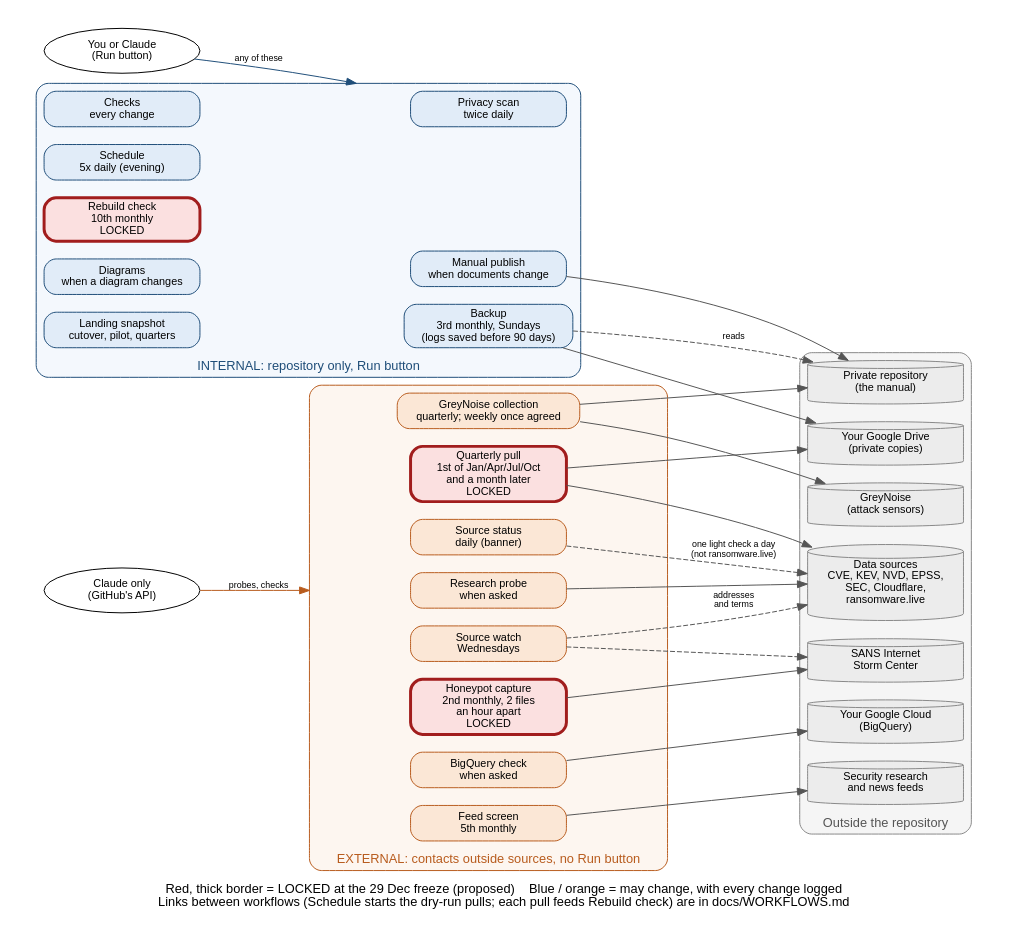
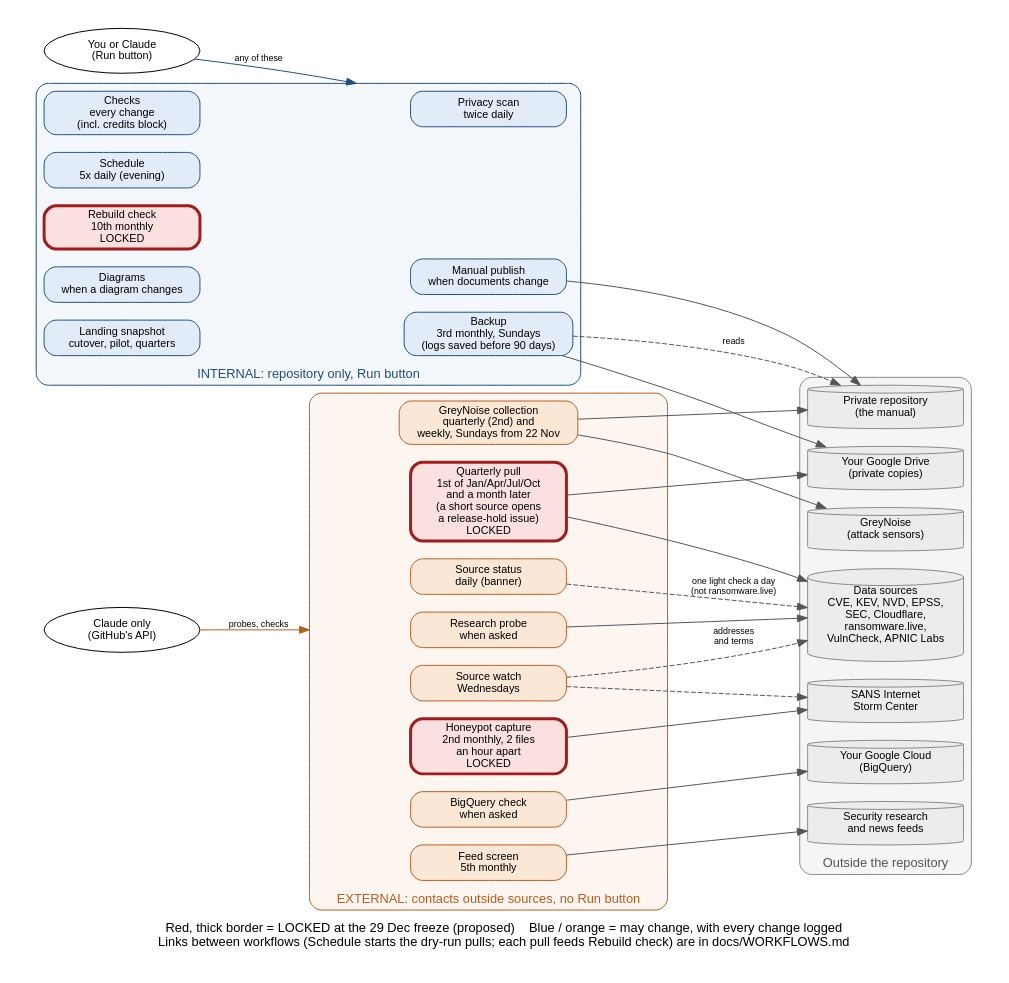
The diagram in docs/diagrams/workflow_runs.dot (pagagne/internet-security-snapshot), drawn with Graphviz before and after one commit. The commit also changed 9 other files, not shown here.

First line of the commit message:
Diagrams brought up to date: architecture (APNIC, GreyNoise, row-count hold, report pages, website), workflows, indicator sources, build plan; data-flow text; all re-stamped

```diff
--- a/docs/diagrams/workflow_runs.dot
+++ b/docs/diagrams/workflow_runs.dot
@@ -1,59 +1,59 @@
 // Workflows: internal (Run button) vs external (API only, no button), and the proposed lock at
 // the 29 Dec 2026 freeze (decision item 22: draft lock list 14 Dec, author's review 18 Dec,
 // decided 21 Dec). Source of truth: docs/WORKFLOWS.md and docs/SOP_MANUAL_RUNS.md.
 // Render: dot -Tpng -Gdpi=150 docs/diagrams/workflow_runs.dot -o docs/diagrams/workflow_runs.png
 digraph workflows {
   graph [rankdir=LR, fontname="Helvetica", fontsize=13, nodesep=0.25, ranksep=0.7, newrank=true, compound=true, pad=0.3,
          label="Red, thick border = LOCKED at the 29 Dec freeze (proposed)    Blue / orange = may change, with every change logged\nLinks between workflows (Schedule starts the dry-run pulls; each pull feeds Rebuild check) are in docs/WORKFLOWS.md",
          labelloc=b];
   node  [fontname="Helvetica", fontsize=11, shape=box, style="rounded,filled", width=2.2];
   edge  [fontname="Helvetica", fontsize=9, color="#555555"];
 
   you    [label="You or Claude\n(Run button)", shape=oval, fillcolor="#ffffff"];
   claude [label="Claude only\n(GitHub's API)", shape=oval, fillcolor="#ffffff"];
 
   subgraph cluster_int {
     label="INTERNAL: repository only, Run button"; style="rounded,filled"; fillcolor="#f4f8fd"; color="#1f4e79"; fontcolor="#1f4e79";
     node [fillcolor="#e1ecf8", color="#1f4e79"];
-    checks  [label="Checks\nevery change"];
+    checks  [label="Checks\nevery change\n(incl. credits block)"];
     privacy [label="Privacy scan\ntwice daily"];
     sched   [label="Schedule\n5x daily (evening)"];
     rebuild [label="Rebuild check\n10th monthly\nLOCKED", fillcolor="#fbe0e0", color="#a11d1d", penwidth=3];
     diag    [label="Diagrams\nwhen a diagram changes"];
     backup  [label="Backup\n3rd monthly, Sundays\n(logs saved before 90 days)"];
     manual  [label="Manual publish\nwhen documents change"];
     landing [label="Landing snapshot\ncutover, pilot, quarters"];
   }
 
   subgraph cluster_ext {
     label="EXTERNAL: contacts outside sources, no Run button"; style="rounded,filled"; fillcolor="#fdf6f0"; color="#b85c1e"; fontcolor="#b85c1e";
     node [fillcolor="#fbe7d6", color="#b85c1e"];
-    pull  [label="Quarterly pull\n1st of Jan/Apr/Jul/Oct\nand a month later\nLOCKED", fillcolor="#fbe0e0", color="#a11d1d", penwidth=3];
+    pull  [label="Quarterly pull\n1st of Jan/Apr/Jul/Oct\nand a month later\n(a short source opens\na release-hold issue)\nLOCKED", fillcolor="#fbe0e0", color="#a11d1d", penwidth=3];
     honey [label="Honeypot capture\n2nd monthly, 2 files\nan hour apart\nLOCKED", fillcolor="#fbe0e0", color="#a11d1d", penwidth=3];
     probe [label="Research probe\nwhen asked"];
-    gn    [label="GreyNoise collection\nquarterly; weekly once agreed"];
+    gn    [label="GreyNoise collection\nquarterly (2nd) and\nweekly, Sundays from 22 Nov"];
     bq    [label="BigQuery check\nwhen asked"];
     feeds [label="Feed screen\n5th monthly"];
     watch [label="Source watch\nWednesdays"];
     status [label="Source status\ndaily (banner)"];
   }
 
   subgraph cluster_out {
     label="Outside the repository"; style="rounded,filled"; fillcolor="#f5f5f5"; color="#888888"; fontcolor="#555555";
     node [shape=cylinder, fillcolor="#ececec", color="#888888", style=filled];
-    sources [label="Data sources\nCVE, KEV, NVD, EPSS,\nSEC, Cloudflare,\nransomware.live"];
+    sources [label="Data sources\nCVE, KEV, NVD, EPSS,\nSEC, Cloudflare,\nransomware.live,\nVulnCheck, APNIC Labs"];
     sans    [label="SANS Internet\nStorm Center"];
     gcp     [label="Your Google Cloud\n(BigQuery)"];
     drive   [label="Your Google Drive\n(private copies)"];
     news    [label="Security research\nand news feeds"];
     greynoise [label="GreyNoise\n(attack sensors)"];
     private [label="Private repository\n(the manual)"];
   }
 
   // one column each: who starts it | the workflows | what they reach
   { rank=same; you; claude; }
     { rank=same; sources; sans; gcp; drive; news; greynoise; private; }
   you -> privacy [lhead=cluster_int, color="#1f4e79", label="any of these"];
   claude -> probe [lhead=cluster_ext, color="#b85c1e", label="probes, checks"];
   pull -> sources; pull -> drive; probe -> sources; honey -> sans; bq -> gcp; backup -> drive; feeds -> news; watch -> sources [style=dashed, label="addresses\nand terms"]; watch -> sans [style=dashed]; status -> sources [style=dashed, label="one light check a day\n(not ransomware.live)"]; manual -> private; gn -> greynoise; gn -> private; backup -> private [style=dashed, label="reads"];
 }
```
